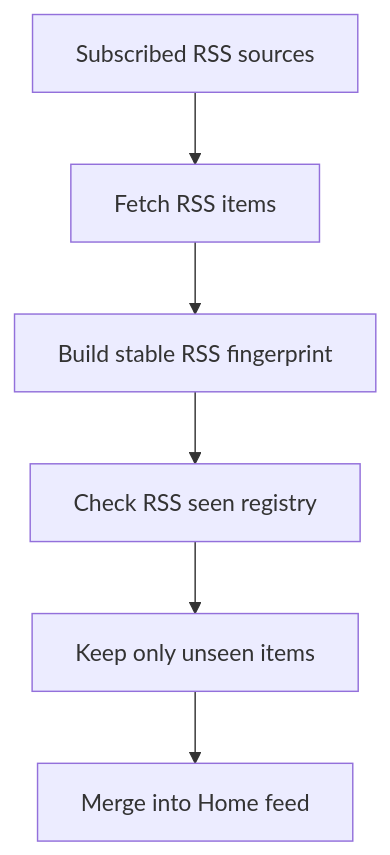
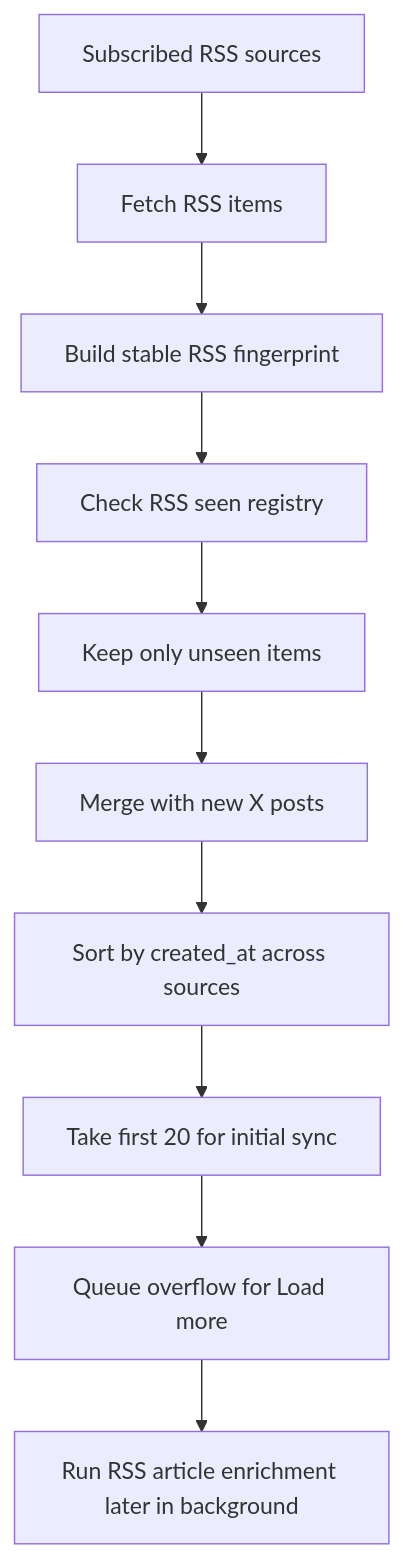
The first of 2 diagrams in docs/architecture/feed-search.md (thefogusz/test), drawn with Mermaid before and after one commit. The commit also changed other lines of this file and 1 other file, not shown here.

Commit message:
Document mixed X and RSS feed sync behavior

````diff
--- a/docs/architecture/feed-search.md
+++ b/docs/architecture/feed-search.md
@@ -9,8 +9,12 @@
 ```mermaid
 flowchart TD
   A["Subscribed RSS sources"] --> B["Fetch RSS items"]
   B --> C["Build stable RSS fingerprint"]
   C --> D["Check RSS seen registry"]
   D --> E["Keep only unseen items"]
-  E --> F["Merge into Home feed"]
+  E --> F["Merge with new X posts"]
+  F --> G["Sort by created_at across sources"]
+  G --> H["Take first 20 for initial sync"]
+  H --> I["Queue overflow for Load more"]
+  I --> J["Run RSS article enrichment later in background"]
 ```
````
